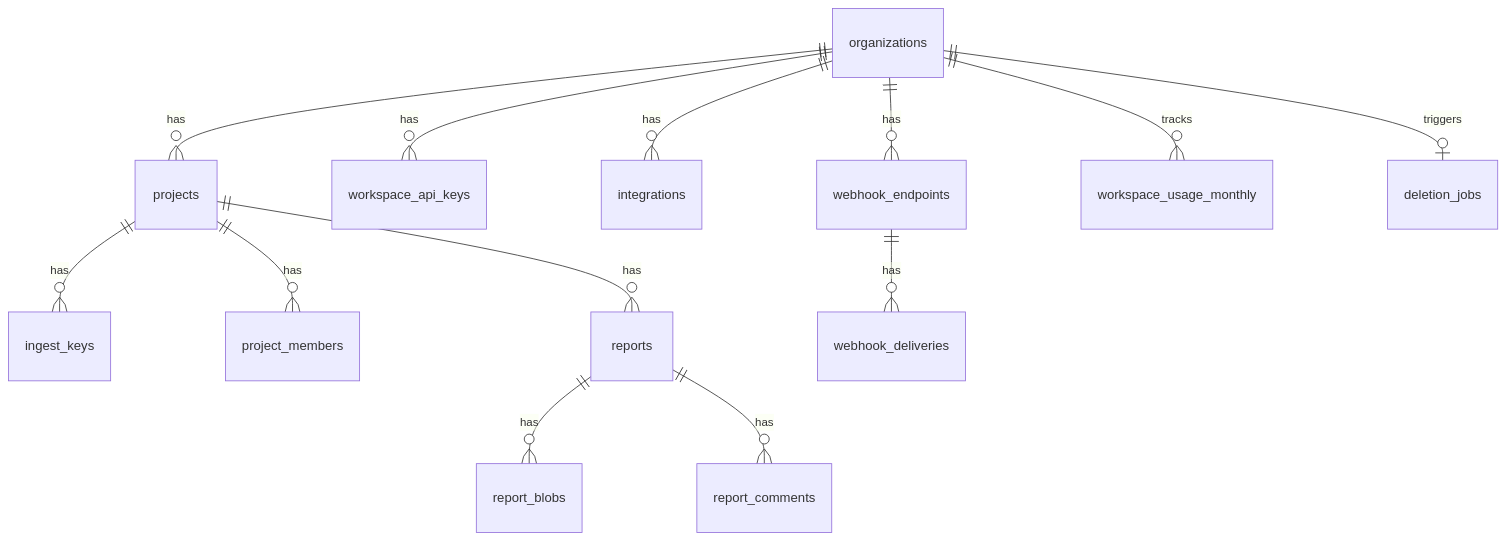
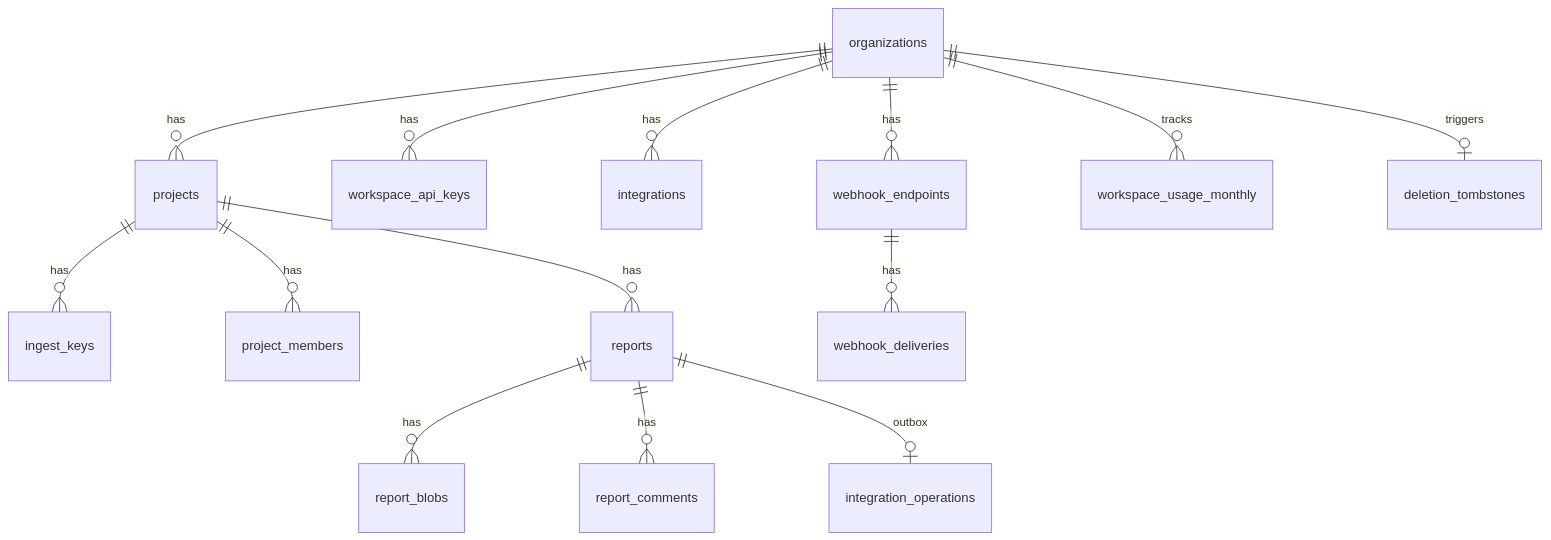
The second of 4 diagrams in _bmad-output/planning-artifacts/architecture-usebugreport-2026-07-20/architecture.md (Milkywayrules/usebugreport), drawn with Mermaid before and after one commit. The commit also changed other lines of this file and 5 other files, not shown here.

````diff
--- a/_bmad-output/planning-artifacts/architecture-usebugreport-2026-07-20/architecture.md
+++ b/_bmad-output/planning-artifacts/architecture-usebugreport-2026-07-20/architecture.md
@@ -337,15 +373,16 @@
 ```mermaid
 erDiagram
   organizations ||--o{ projects : has
   organizations ||--o{ workspace_api_keys : has
   organizations ||--o{ integrations : has
   organizations ||--o{ webhook_endpoints : has
   organizations ||--o{ workspace_usage_monthly : tracks
   projects ||--o{ ingest_keys : has
   projects ||--o{ project_members : has
   projects ||--o{ reports : has
   reports ||--o{ report_blobs : has
   reports ||--o{ report_comments : has
   webhook_endpoints ||--o{ webhook_deliveries : has
-  organizations ||--o| deletion_jobs : triggers
+  organizations ||--o| deletion_tombstones : triggers
+  reports ||--o| integration_operations : outbox
 ```
````
